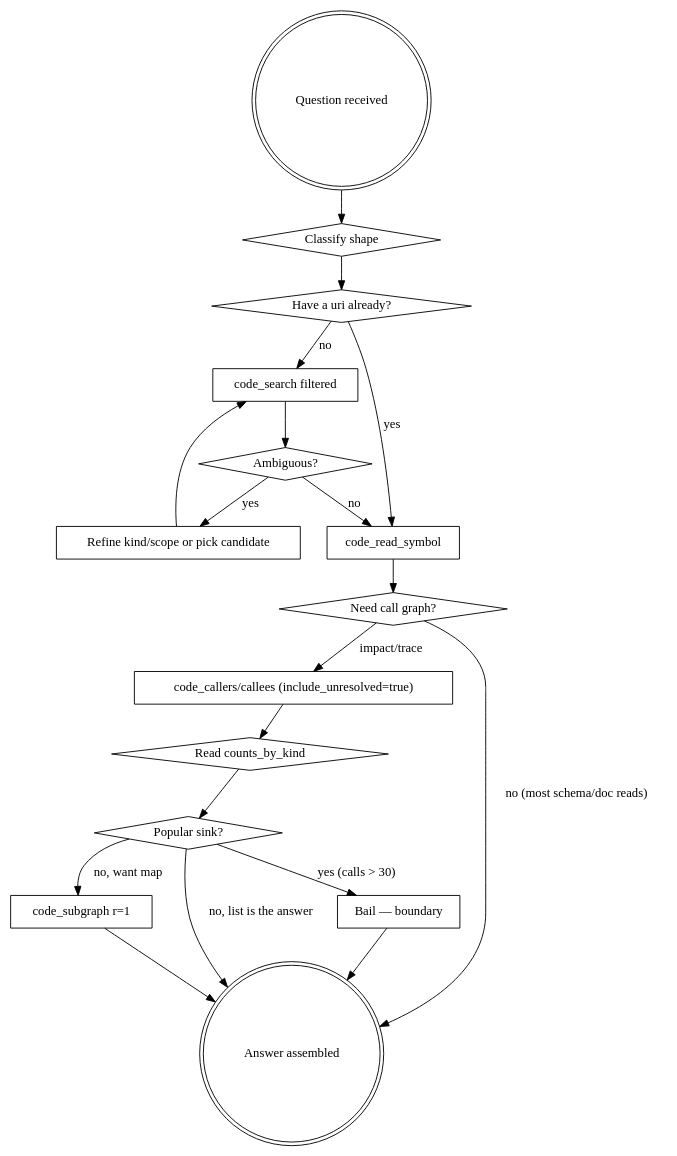
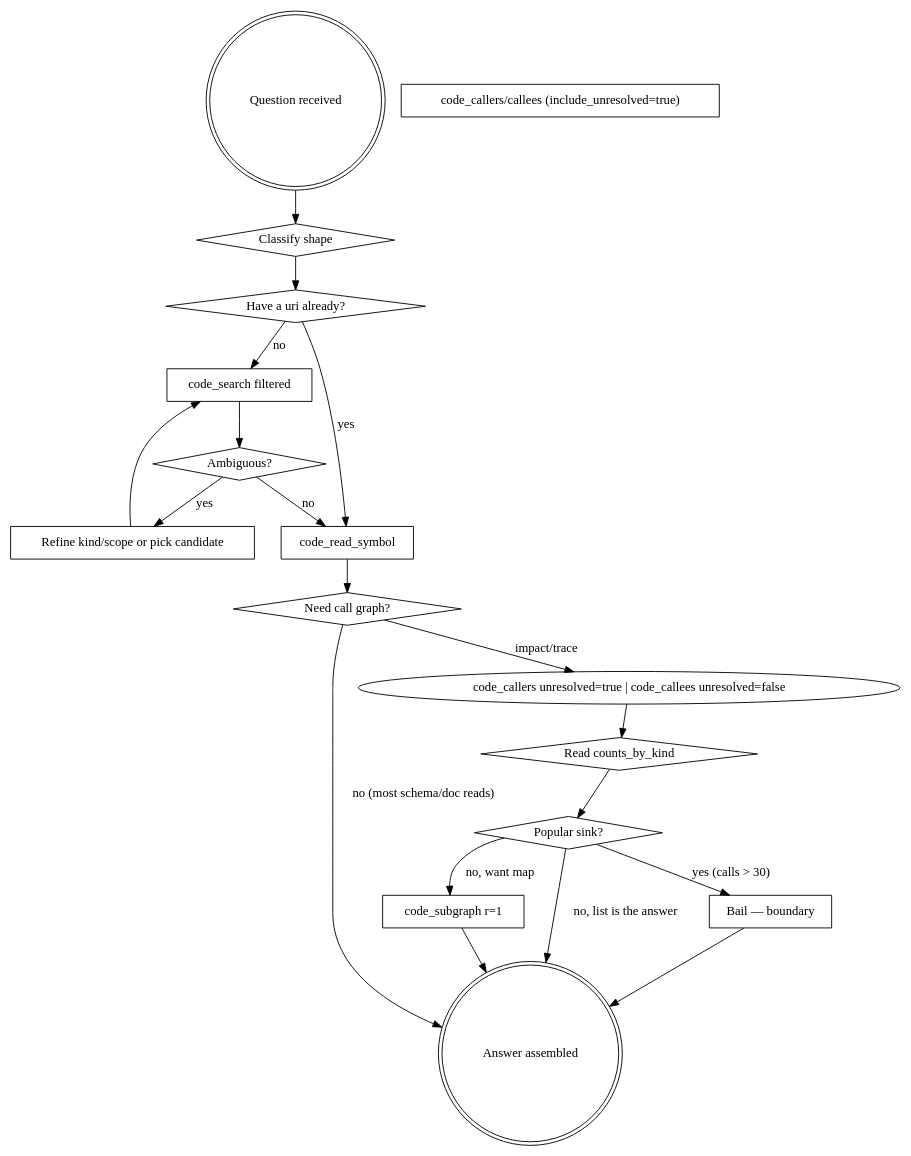
The diagram in crates/spur-core/src/skills/code-explore/SKILL.md (getspur/spur), drawn with Graphviz before and after one commit. The commit also changed other lines of this file, not shown here.

First line of the commit message:
docs(spur-core): asymmetric unresolved defaults for code-explore graph tools

````diff
--- a/crates/spur-core/src/skills/code-explore/SKILL.md
+++ b/crates/spur-core/src/skills/code-explore/SKILL.md
@@ -86,37 +109,37 @@
 ```dot
 digraph code_explore {
     "Question received" [shape=doublecircle];
     "Classify shape" [shape=diamond];
     "Have a uri already?" [shape=diamond];
     "code_search filtered" [shape=box];
     "Ambiguous?" [shape=diamond];
     "Refine kind/scope or pick candidate" [shape=box];
     "code_read_symbol" [shape=box];
     "Need call graph?" [shape=diamond];
     "code_callers/callees (include_unresolved=true)" [shape=box];
     "Read counts_by_kind" [shape=diamond];
     "Popular sink?" [shape=diamond];
     "Bail — boundary" [shape=box];
     "code_subgraph r=1" [shape=box];
     "Answer assembled" [shape=doublecircle];
 
     "Question received" -> "Classify shape";
     "Classify shape" -> "Have a uri already?";
     "Have a uri already?" -> "code_read_symbol" [label="yes"];
     "Have a uri already?" -> "code_search filtered" [label="no"];
     "code_search filtered" -> "Ambiguous?";
     "Ambiguous?" -> "Refine kind/scope or pick candidate" [label="yes"];
     "Refine kind/scope or pick candidate" -> "code_search filtered";
     "Ambiguous?" -> "code_read_symbol" [label="no"];
     "code_read_symbol" -> "Need call graph?";
     "Need call graph?" -> "Answer assembled" [label="no (most schema/doc reads)"];
-    "Need call graph?" -> "code_callers/callees (include_unresolved=true)" [label="impact/trace"];
-    "code_callers/callees (include_unresolved=true)" -> "Read counts_by_kind";
+    "Need call graph?" -> "code_callers unresolved=true | code_callees unresolved=false" [label="impact/trace"];
+    "code_callers unresolved=true | code_callees unresolved=false" -> "Read counts_by_kind";
     "Read counts_by_kind" -> "Popular sink?";
     "Popular sink?" -> "Bail — boundary" [label="yes (calls > 30)"];
     "Popular sink?" -> "code_subgraph r=1" [label="no, want map"];
     "Popular sink?" -> "Answer assembled" [label="no, list is the answer"];
     "code_subgraph r=1" -> "Answer assembled";
     "Bail — boundary" -> "Answer assembled";
 }
 ```
````
